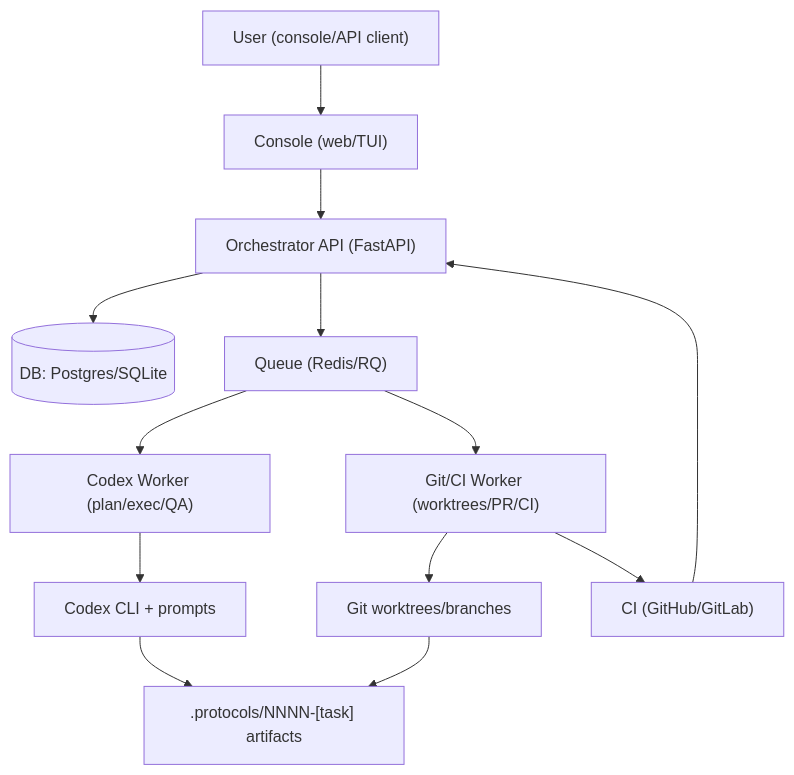
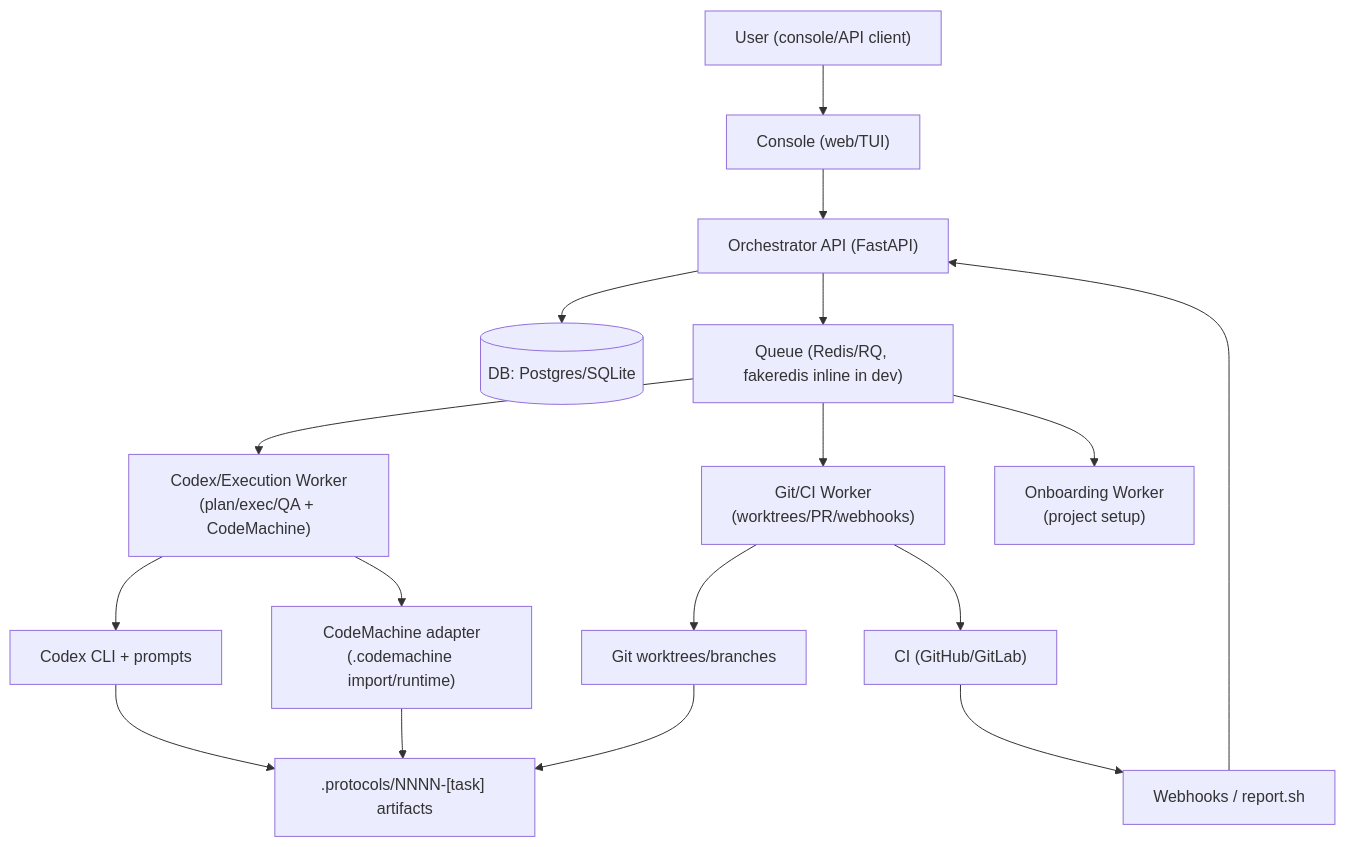
One commit to ilyafedotov-ops/dev-pipeline changed the first of 2 diagrams in README.md. Above: the diagram before and after it, drawn with Mermaid. The commit also changed other lines of this file and 3 other files, not shown here.

Commit message:
docs: refresh architecture and codemachine notes

````diff
--- a/README.md
+++ b/README.md
@@ -103,15 +112,19 @@
 ```mermaid
 graph TD
   U["User (console/API client)"] --> Console["Console (web/TUI)"]
   Console --> API["Orchestrator API (FastAPI)"]
   API --> DB[(DB: Postgres/SQLite)]
-  API --> Queue["Queue (Redis/RQ)"]
-  Queue --> CW["Codex Worker (plan/exec/QA)"]
-  Queue --> GW["Git/CI Worker (worktrees/PR/CI)"]
+  API --> Queue["Queue (Redis/RQ, fakeredis inline in dev)"]
+  Queue --> CW["Codex/Execution Worker\n(plan/exec/QA + CodeMachine)"]
+  Queue --> GW["Git/CI Worker\n(worktrees/PR/webhooks)"]
+  Queue --> OW["Onboarding Worker\n(project setup)"]
   CW --> Codex["Codex CLI + prompts"]
+  CW --> CM["CodeMachine adapter\n(.codemachine import/runtime)"]
   Codex --> Prot[".protocols/NNNN-[task] artifacts"]
+  CM --> Prot
   GW --> Git["Git worktrees/branches"]
   GW --> CI["CI (GitHub/GitLab)"]
-  CI --> API
+  CI --> Webhooks["Webhooks / report.sh"]
+  Webhooks --> API
   Git --> Prot
 ```
````
